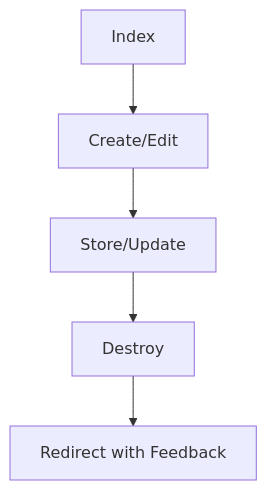
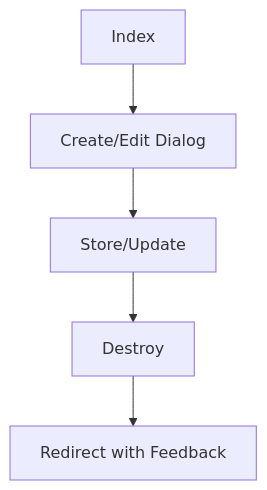
Before and after one commit to PA-Penajam/kepegawaian_apps: the seventh of 10 diagrams in .qoder/repowiki/en/content/Reference Data Management/Role and Permission Reference Data.md, drawn with Mermaid. The commit also changed other lines of this file and 13 other files, not shown here.

````diff
--- a/.qoder/repowiki/en/content/Reference Data Management/Role and Permission Reference Data.md
+++ b/.qoder/repowiki/en/content/Reference Data Management/Role and Permission Reference Data.md
@@ -326,7 +362,7 @@
 ```mermaid
 flowchart TD
-A["Index"] --> B["Create/Edit"]
+A["Index"] --> B["Create/Edit Dialog"]
 B --> C["Store/Update"]
 C --> D["Destroy"]
 D --> E["Redirect with Feedback"]
 ```
````
